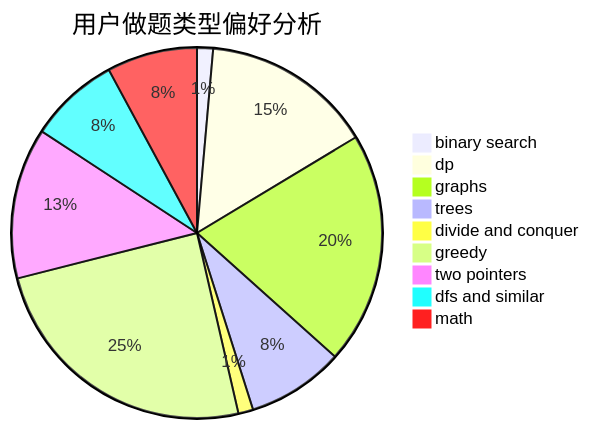
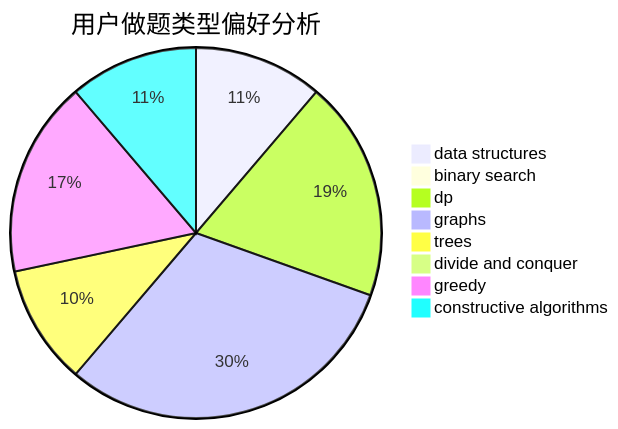
Before and after one commit to sherpahu/cfrs.github.io: the second of 3 diagrams in docs/user/u249.md, drawn with Mermaid. The commit also changed other lines of this file and 2775 other files, not shown here.

````diff
--- a/docs/user/u249.md
+++ b/docs/user/u249.md
@@ -23,12 +23,11 @@
 ```mermaid
 pie title 用户做题类型偏好分析
-    "binary search" :  14
-    "dp" :  150
-    "graphs" :  203
-    "trees" :  85
-    "divide and conquer" :  13
-    "greedy" :  247
-    "two pointers" :  132
-    "dfs and similar" :  79
-    "math" :  79
+    "data structures" :  69
+    "binary search" :  6
+    "dp" :  118
+    "graphs" :  189
+    "trees" :  64
+    "divide and conquer" :  0
+    "greedy" :  105
+    "constructive algorithms" :  69
 ```
````
